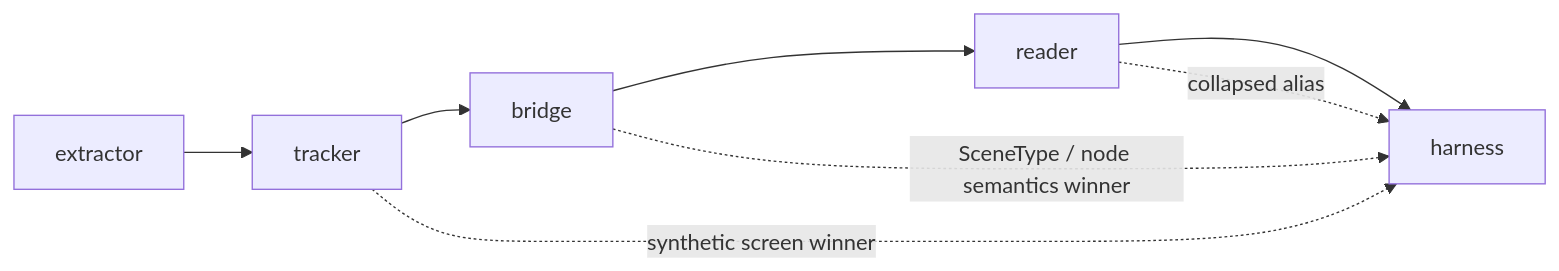
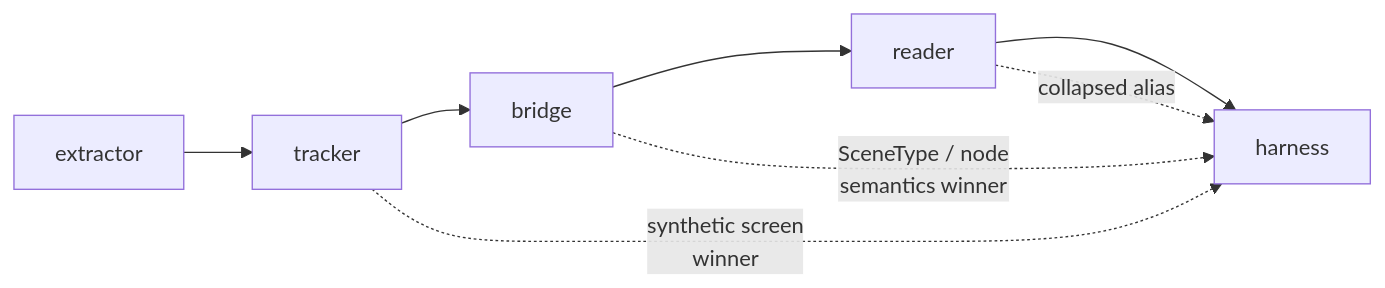
Before and after one commit to jidon333/STS2_Mod_AI_Companion: the third of 4 diagrams in docs/reference/harness/GUI_SMOKE_HARNESS_OBSERVER_STACK_KO.md, drawn with Mermaid. The commit also changed other lines of this file and 4 other files, not shown here.

Commit message:
Improve Mermaid readability in harness docs

````diff
--- a/docs/reference/harness/GUI_SMOKE_HARNESS_OBSERVER_STACK_KO.md
+++ b/docs/reference/harness/GUI_SMOKE_HARNESS_OBSERVER_STACK_KO.md
@@ -97,11 +97,11 @@
 ```mermaid
 flowchart LR
     A["extractor"] --> B["tracker"]
     B --> C["bridge"]
     C --> D["reader"]
     D --> E["harness"]
 
-    B -. synthetic screen winner .-> E
-    C -. SceneType / node semantics winner .-> E
+    B -. synthetic screen<br/>winner .-> E
+    C -. SceneType / node<br/>semantics winner .-> E
     D -. collapsed alias .-> E
 ```
````
